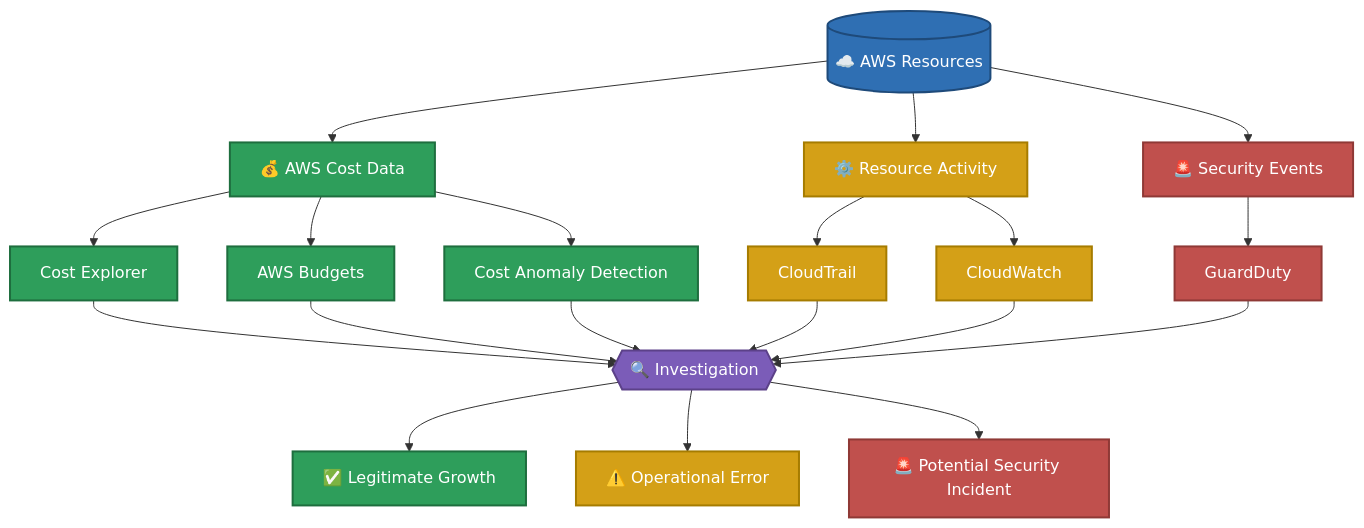
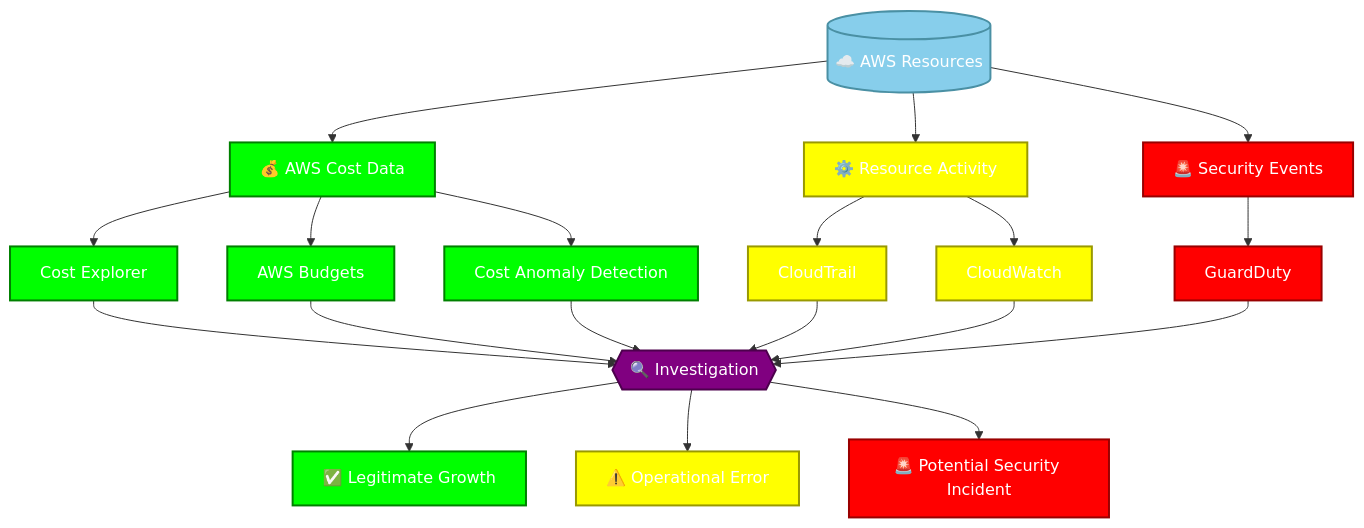
The diagram in 01 - AWS Cloud Cost Intelligence.md (mbeeudo/-oakforge-aws-cloud-transformation), drawn with Mermaid before and after one commit.

Commit message:
Update color definitions in AWS Cloud Cost Intelligence

````diff
--- a/01 - AWS Cloud Cost Intelligence.md
+++ b/01 - AWS Cloud Cost Intelligence.md
@@ -32,44 +32,44 @@
 ```mermaid
 flowchart TD
     A[("☁️ AWS Resources")] --> B["💰 AWS Cost Data"]
     A --> C["⚙️ Resource Activity"]
     A --> D["🚨 Security Events"]
 
     B --> E["Cost Explorer"]
     B --> F["AWS Budgets"]
     B --> G["Cost Anomaly Detection"]
 
     C --> H["CloudTrail"]
     C --> I["CloudWatch"]
 
     D --> J["GuardDuty"]
 
     E --> K{{"🔍 Investigation"}}
     F --> K
     G --> K
     H --> K
     I --> K
     J --> K
 
     K --> L["✅ Legitimate Growth"]
     K --> M["⚠️ Operational Error"]
     K --> N["🚨 Potential Security Incident"]
 
-    classDef source fill:#2f6fb3,stroke:#1e4a7a,color:#ffffff,stroke-width:2px
-    classDef cost fill:#2e9e5b,stroke:#1e6e3e,color:#ffffff,stroke-width:2px
-    classDef ops fill:#d4a017,stroke:#a67c00,color:#ffffff,stroke-width:2px
-    classDef sec fill:#c0504d,stroke:#8f3936,color:#ffffff,stroke-width:2px
-    classDef investigate fill:#7b5cb8,stroke:#5c4189,color:#ffffff,stroke-width:2px
-    classDef good fill:#2e9e5b,stroke:#1e6e3e,color:#ffffff,stroke-width:2px
-    classDef warn fill:#d4a017,stroke:#a67c00,color:#ffffff,stroke-width:2px
-    classDef bad fill:#c0504d,stroke:#8f3936,color:#ffffff,stroke-width:2px
+    classDef source fill:#87CEEB,stroke:#4a90a4,color:#ffffff,stroke-width:2px
+    classDef cost fill:#00FF00,stroke:#008000,color:#ffffff,stroke-width:2px
+    classDef ops fill:#FFFF00,stroke:#999900,color:#ffffff,stroke-width:2px
+    classDef sec fill:#FF0000,stroke:#990000,color:#ffffff,stroke-width:2px
+    classDef investigate fill:#800080,stroke:#4d004d,color:#ffffff,stroke-width:2px
+    classDef good fill:#00FF00,stroke:#008000,color:#ffffff,stroke-width:2px
+    classDef warn fill:#FFFF00,stroke:#999900,color:#ffffff,stroke-width:2px
+    classDef bad fill:#FF0000,stroke:#990000,color:#ffffff,stroke-width:2px
 
     class A source
     class B,E,F,G cost
     class C,H,I ops
     class D,J sec
     class K investigate
     class L good
     class M warn
     class N bad
 ```
````
